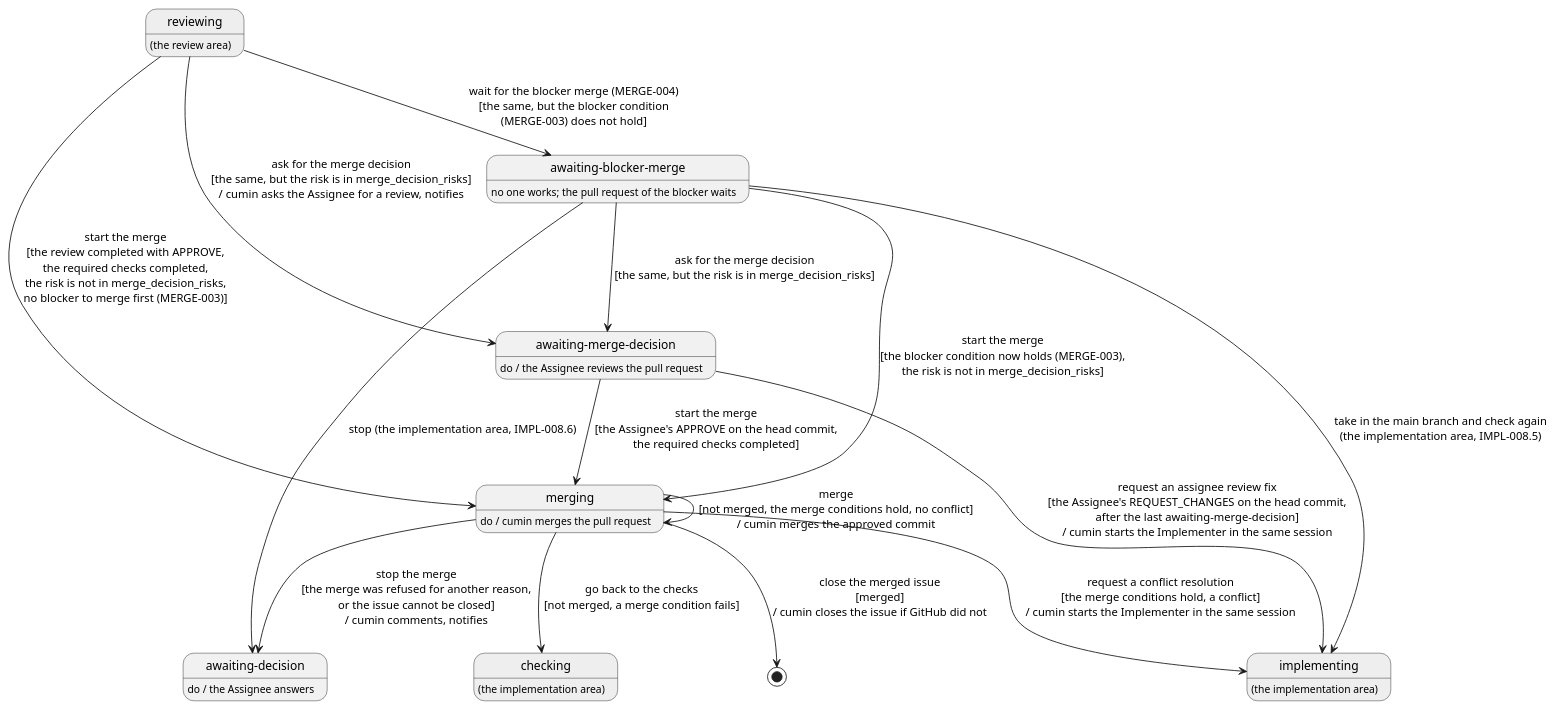
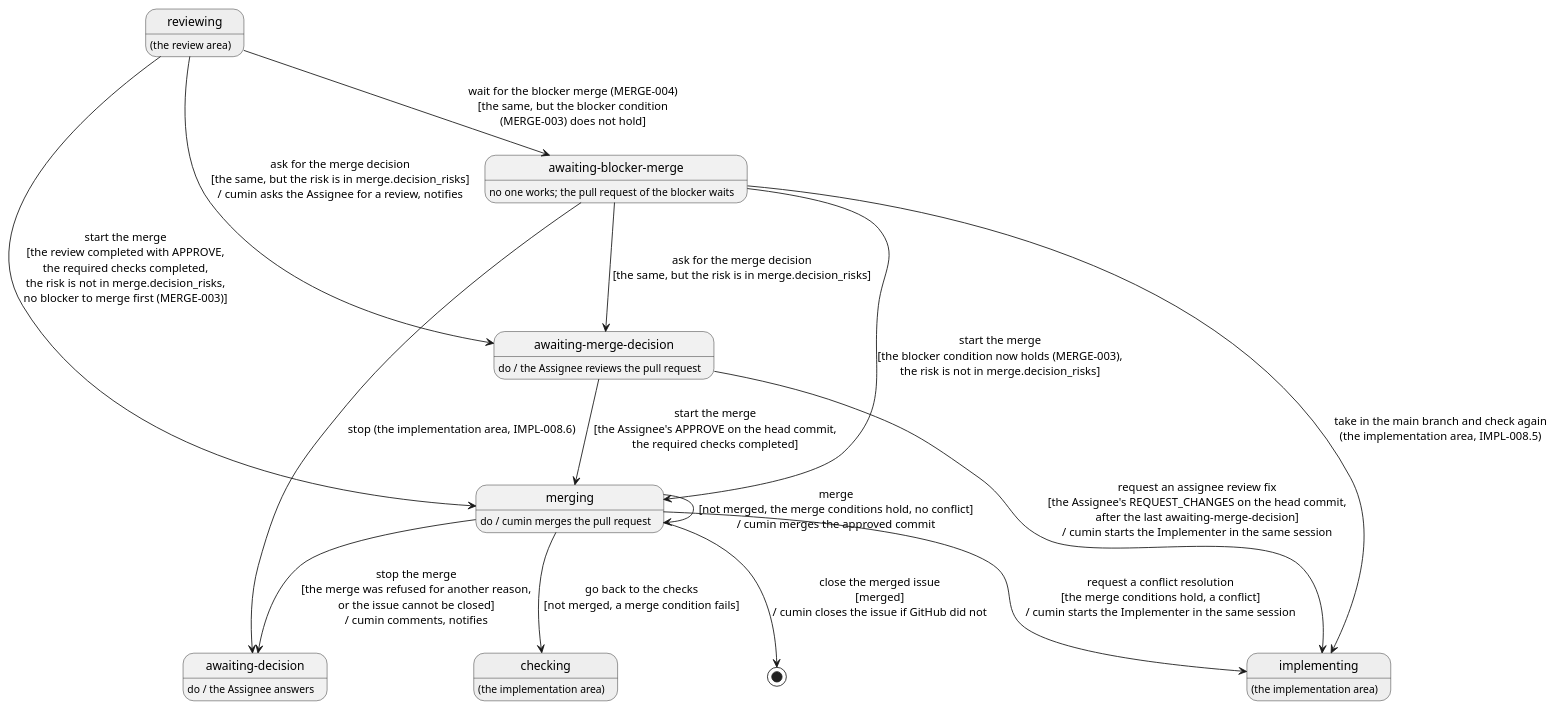
Before and after one commit to cloveclovedev/cumin-works: the diagram in docs/ja/requirements/merge/overview.puml, drawn with PlantUML. The commit also changed 10 other files, not shown here.

```diff
--- a/docs/ja/requirements/merge/overview.puml
+++ b/docs/ja/requirements/merge/overview.puml
@@ -1,45 +1,45 @@
 @startuml overview
 ' cumin-works - the states of an implementation issue in the merge stage.
 ' A state is a label on GitHub, written without "cumin/status/". "do /" says who works in the state.
 ' A transition is written: action [guard] / what cumin does. A gray state belongs to another area.
 ' Render: run scripts/render-diagrams.sh at the root of the repository.
 
 hide empty description
 
 state "reviewing" as Reviewing #EEEEEE
 Reviewing : (the review area)
 
 state "awaiting-merge-decision" as MergeDecision
 MergeDecision : do / the Assignee reviews the pull request
 
 state "merging" as Merging
 Merging : do / cumin merges the pull request
 
 state "implementing" as Implementing #EEEEEE
 Implementing : (the implementation area)
 
 state "checking" as Checking #EEEEEE
 Checking : (the implementation area)
 
 state "awaiting-blocker-merge" as AwaitingBase
 AwaitingBase : no one works; the pull request of the blocker waits
 
 state "awaiting-decision" as Decision
 Decision : do / the Assignee answers
 
-Reviewing --> Merging : start the merge\n[the review completed with APPROVE,\nthe required checks completed,\nthe risk is not in merge_decision_risks,\nno blocker to merge first (MERGE-003)]
-Reviewing --> MergeDecision : ask for the merge decision\n[the same, but the risk is in merge_decision_risks]\n/ cumin asks the Assignee for a review, notifies
+Reviewing --> Merging : start the merge\n[the review completed with APPROVE,\nthe required checks completed,\nthe risk is not in merge.decision_risks,\nno blocker to merge first (MERGE-003)]
+Reviewing --> MergeDecision : ask for the merge decision\n[the same, but the risk is in merge.decision_risks]\n/ cumin asks the Assignee for a review, notifies
 MergeDecision --> Merging : start the merge\n[the Assignee's APPROVE on the head commit,\nthe required checks completed]
 MergeDecision --> Implementing : request an assignee review fix\n[the Assignee's REQUEST_CHANGES on the head commit,\nafter the last awaiting-merge-decision]\n/ cumin starts the Implementer in the same session
 Reviewing --> AwaitingBase : wait for the blocker merge (MERGE-004)\n[the same, but the blocker condition\n(MERGE-003) does not hold]
 AwaitingBase --> Implementing : take in the main branch and check again\n(the implementation area, IMPL-008.5)
-AwaitingBase --> Merging : start the merge\n[the blocker condition now holds (MERGE-003),\nthe risk is not in merge_decision_risks]
-AwaitingBase --> MergeDecision : ask for the merge decision\n[the same, but the risk is in merge_decision_risks]
+AwaitingBase --> Merging : start the merge\n[the blocker condition now holds (MERGE-003),\nthe risk is not in merge.decision_risks]
+AwaitingBase --> MergeDecision : ask for the merge decision\n[the same, but the risk is in merge.decision_risks]
 AwaitingBase --> Decision : stop (the implementation area, IMPL-008.6)
 Merging --> Merging : merge\n[not merged, the merge conditions hold, no conflict]\n/ cumin merges the approved commit
 Merging --> [*] : close the merged issue\n[merged]\n/ cumin closes the issue if GitHub did not
 Merging --> Checking : go back to the checks\n[not merged, a merge condition fails]
 Merging --> Implementing : request a conflict resolution\n[the merge conditions hold, a conflict]\n/ cumin starts the Implementer in the same session
 Merging --> Decision : stop the merge\n[the merge was refused for another reason,\nor the issue cannot be closed]\n/ cumin comments, notifies
 
 @enduml
```
